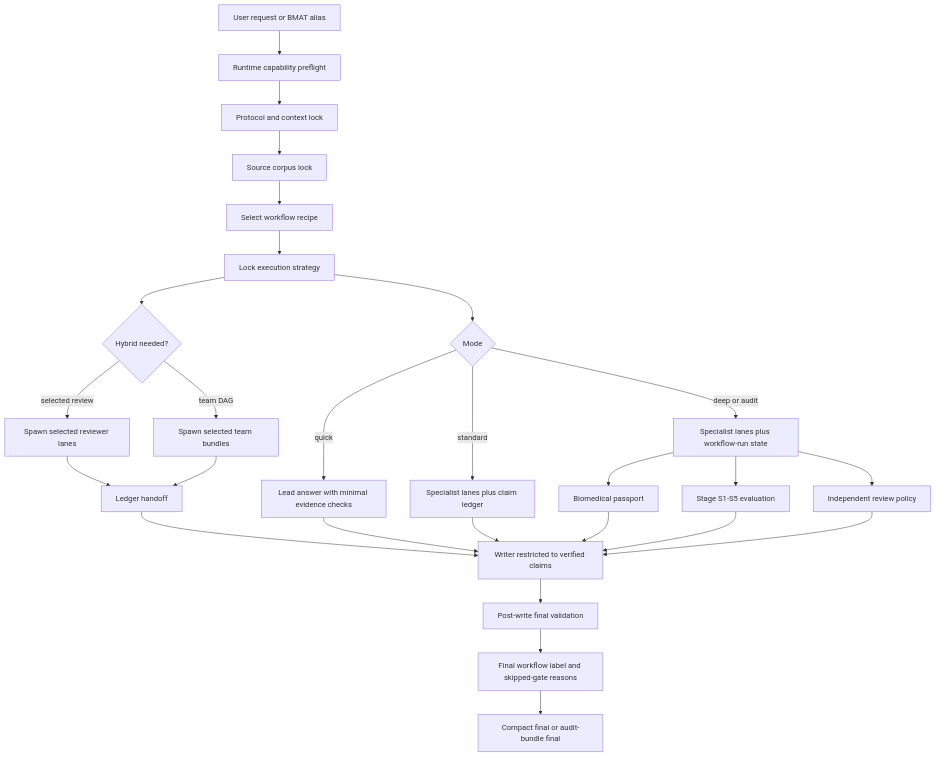
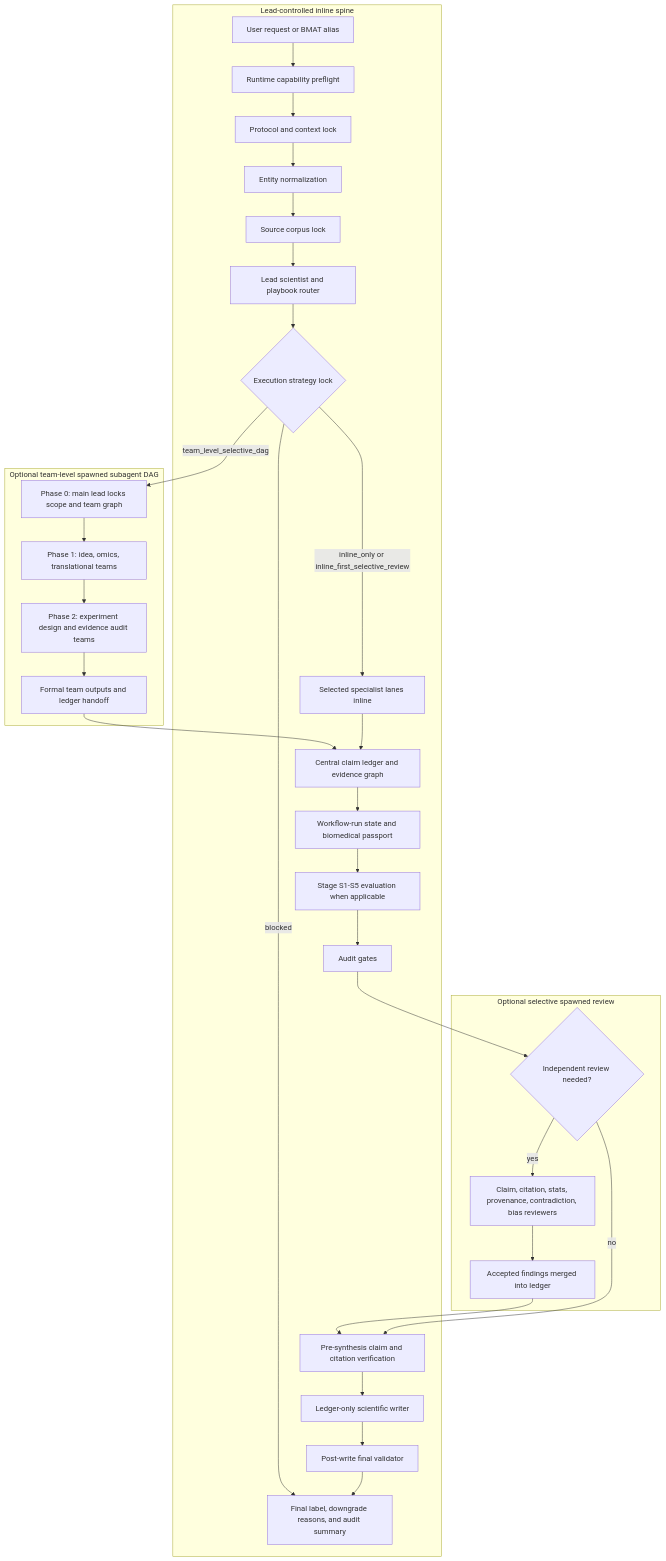
One commit to kdh-isaac/biomedical-agent-teams-codex-marketplace changed the diagram in README.md. Above: the diagram before and after it, drawn with Mermaid. The commit also changed other lines of this file and 2 other files, not shown here.

Commit message:
Update BMAT workflow structure diagram

````diff
--- a/README.md
+++ b/README.md
@@ -24,29 +24,50 @@
 ```mermaid
 flowchart TD
-    A["User request or BMAT alias"] --> B["Runtime capability preflight"]
-    B --> C["Protocol and context lock"]
-    C --> D["Source corpus lock"]
-    D --> E["Select workflow recipe"]
-    E --> Q["Lock execution strategy"]
-    Q --> F{"Mode"}
-    F -->|"quick"| G["Lead answer with minimal evidence checks"]
-    F -->|"standard"| H["Specialist lanes plus claim ledger"]
-    F -->|"deep or audit"| I["Specialist lanes plus workflow-run state"]
-    Q --> R{"Hybrid needed?"}
-    R -->|"selected review"| S["Spawn selected reviewer lanes"]
-    R -->|"team DAG"| T["Spawn selected team bundles"]
-    S --> U["Ledger handoff"]
-    T --> U
-    U --> M
-    I --> J["Biomedical passport"]
-    I --> K["Stage S1-S5 evaluation"]
-    I --> L["Independent review policy"]
-    G --> M["Writer restricted to verified claims"]
-    H --> M
-    J --> M
-    K --> M
-    L --> M
-    M --> N["Post-write final validation"]
-    N --> O["Final workflow label and skipped-gate reasons"]
-    O --> P["Compact final or audit-bundle final"]
+    accTitle: BMAT Hybrid Workflow Structure
+    accDescr: Lead-controlled BMAT workflow showing the inline spine, optional team-level spawned DAG before final ledger synthesis, and optional selective spawned review after audit gates.
+
+    subgraph lead_controlled_inline_spine["Lead-controlled inline spine"]
+        user_request["User request or BMAT alias"]
+        runtime_preflight["Runtime capability preflight"]
+        protocol_lock["Protocol and context lock"]
+        entity_normalization["Entity normalization"]
+        source_corpus_lock["Source corpus lock"]
+        playbook_route["Lead scientist and playbook router"]
+        strategy_lock{"Execution strategy lock"}
+        inline_lanes["Selected specialist lanes inline"]
+        claim_ledger["Central claim ledger and evidence graph"]
+        workflow_state["Workflow-run state and biomedical passport"]
+        stage_evaluation["Stage S1-S5 evaluation when applicable"]
+        audit_gates["Audit gates"]
+        claim_citation_check["Pre-synthesis claim and citation verification"]
+        ledger_only_writer["Ledger-only scientific writer"]
+        post_write_validator["Post-write final validator"]
+        final_output["Final label, downgrade reasons, and audit summary"]
+    end
+
+    subgraph team_level_spawned_dag["Optional team-level spawned subagent DAG"]
+        phase_zero["Phase 0: main lead locks scope and team graph"]
+        phase_one["Phase 1: idea, omics, translational teams"]
+        phase_two["Phase 2: experiment design and evidence audit teams"]
+        team_handoff["Formal team outputs and ledger handoff"]
+    end
+
+    subgraph selective_spawned_review["Optional selective spawned review"]
+        review_decision{"Independent review needed?"}
+        reviewer_lanes["Claim, citation, stats, provenance, contradiction, bias reviewers"]
+        reviewer_handoff["Accepted findings merged into ledger"]
+    end
+
+    user_request --> runtime_preflight --> protocol_lock --> entity_normalization
+    entity_normalization --> source_corpus_lock --> playbook_route --> strategy_lock
+    strategy_lock -->|"inline_only or inline_first_selective_review"| inline_lanes
+    strategy_lock -->|"team_level_selective_dag"| phase_zero
+    strategy_lock -->|"blocked"| final_output
+    phase_zero --> phase_one --> phase_two --> team_handoff --> claim_ledger
+    inline_lanes --> claim_ledger
+    claim_ledger --> workflow_state --> stage_evaluation --> audit_gates
+    audit_gates --> review_decision
+    review_decision -->|"yes"| reviewer_lanes --> reviewer_handoff --> claim_citation_check
+    review_decision -->|"no"| claim_citation_check
+    claim_citation_check --> ledger_only_writer --> post_write_validator --> final_output
 ```
````
